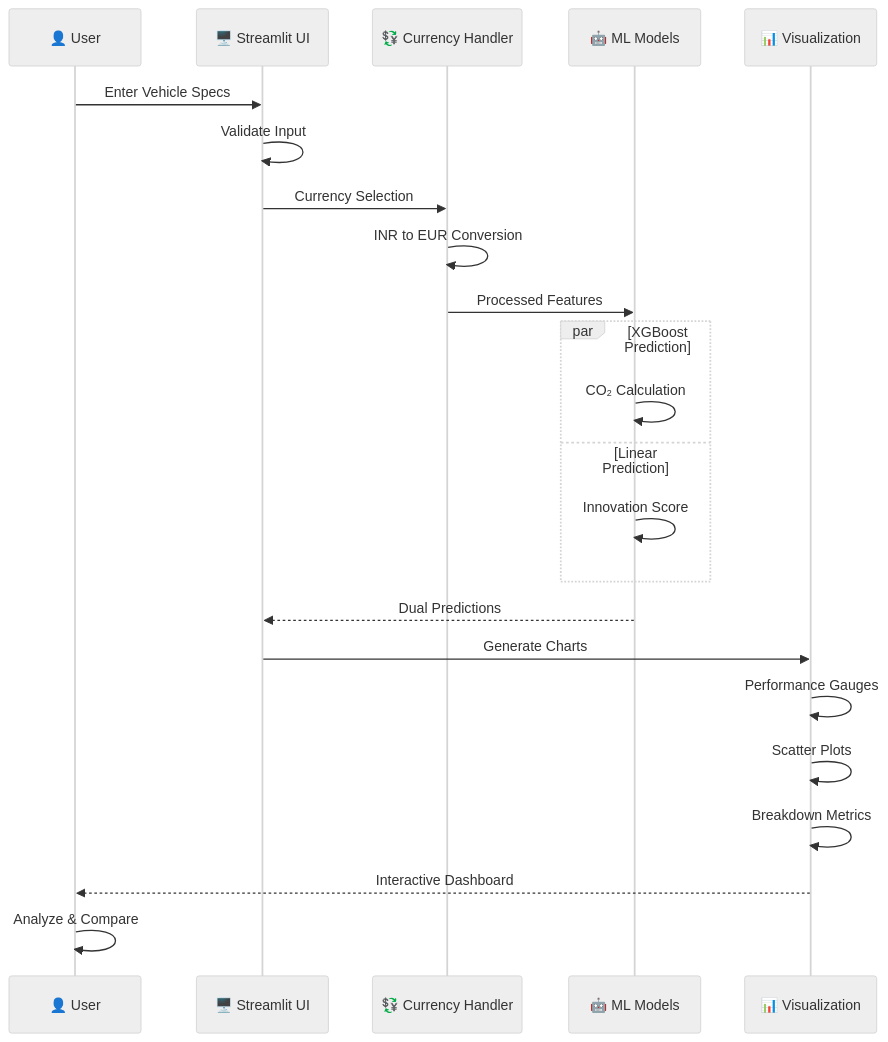
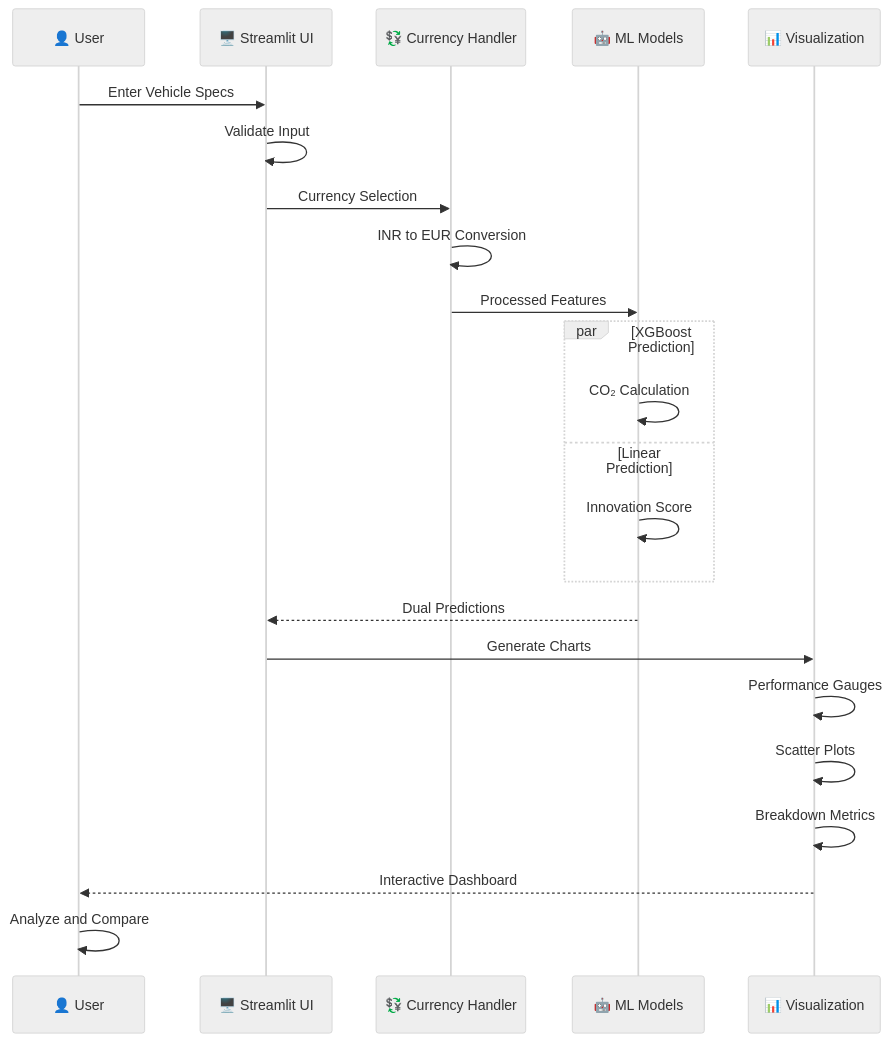
Before and after one commit to Itsshraddha/EVerGreen: the third of 15 diagrams in README.md, drawn with Mermaid (neutral theme). The commit also changed other lines of this file, not shown here.

````diff
--- a/README.md
+++ b/README.md
@@ -211,30 +210,30 @@
 ```mermaid
 sequenceDiagram
     participant User as 👤 User
     participant UI as 🖥️ Streamlit UI
     participant Conv as 💱 Currency Handler
     participant Model as 🤖 ML Models
     participant Viz as 📊 Visualization
     
     User->>UI: Enter Vehicle Specs
     UI->>UI: Validate Input
     UI->>Conv: Currency Selection
     Conv->>Conv: INR to EUR Conversion
     Conv->>Model: Processed Features
     
     par XGBoost Prediction
         Model->>Model: CO₂ Calculation
     and Linear Prediction
         Model->>Model: Innovation Score
     end
     
     Model-->>UI: Dual Predictions
     UI->>Viz: Generate Charts
     
     Viz->>Viz: Performance Gauges
     Viz->>Viz: Scatter Plots
     Viz->>Viz: Breakdown Metrics
     
     Viz-->>User: Interactive Dashboard
-    User->>User: Analyze & Compare
+    User->>User: Analyze and Compare
 ```
````
